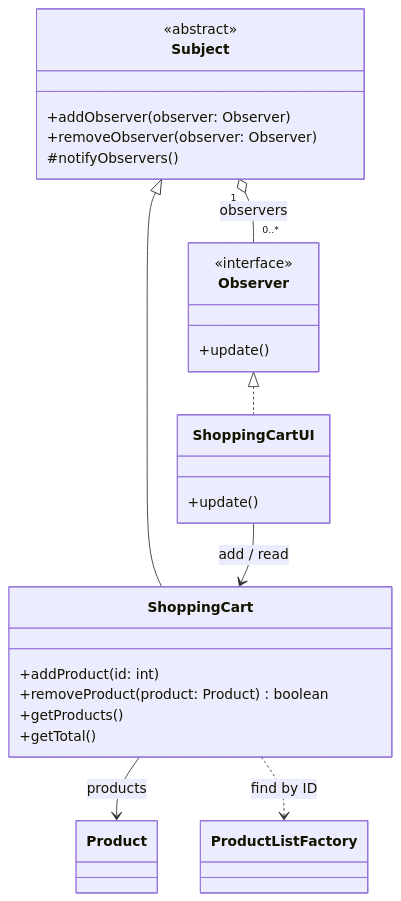
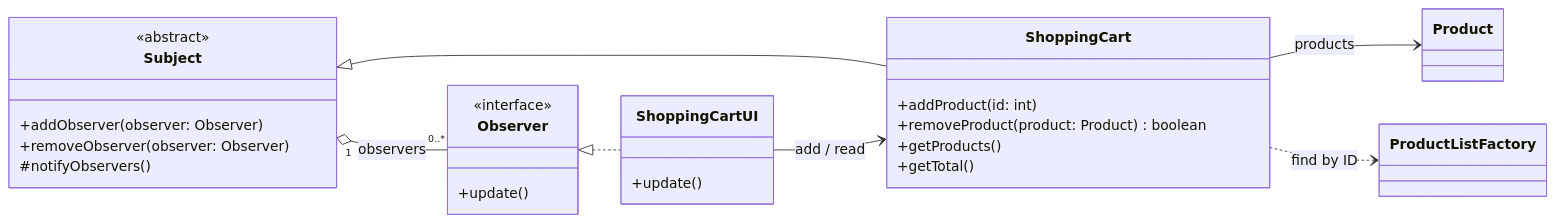
Before and after one commit to estsetubal-tapoo-2026-27-geral/MV-MVP-Observer_TemplateA4.6: the first of 2 diagrams in README.md, drawn with Mermaid. The commit also changed other lines of this file, not shown here.

Commit message:
Update README with class diagrams for activities
Added class diagrams for activities 1 and 2.

````diff
--- a/README.md
+++ b/README.md
@@ -37,31 +37,32 @@
 ```mermaid
 classDiagram
+direction LR
     class Observer {
         <<interface>>
         +update()
     }
     class Subject {
         <<abstract>>
         +addObserver(observer: Observer)
         +removeObserver(observer: Observer)
         #notifyObservers()
     }
     class ShoppingCart {
         +addProduct(id: int)
         +removeProduct(product: Product) boolean
         +getProducts()
         +getTotal()
     }
     class ShoppingCartUI {
         +update()
     }
     class Product
     class ProductListFactory
 
     Subject <|-- ShoppingCart
     Subject "1" o-- "0..*" Observer : observers
     Observer <|.. ShoppingCartUI
     ShoppingCartUI --> ShoppingCart : add / read
     ShoppingCart --> Product : products
     ShoppingCart ..> ProductListFactory : find by ID
 ```
````
